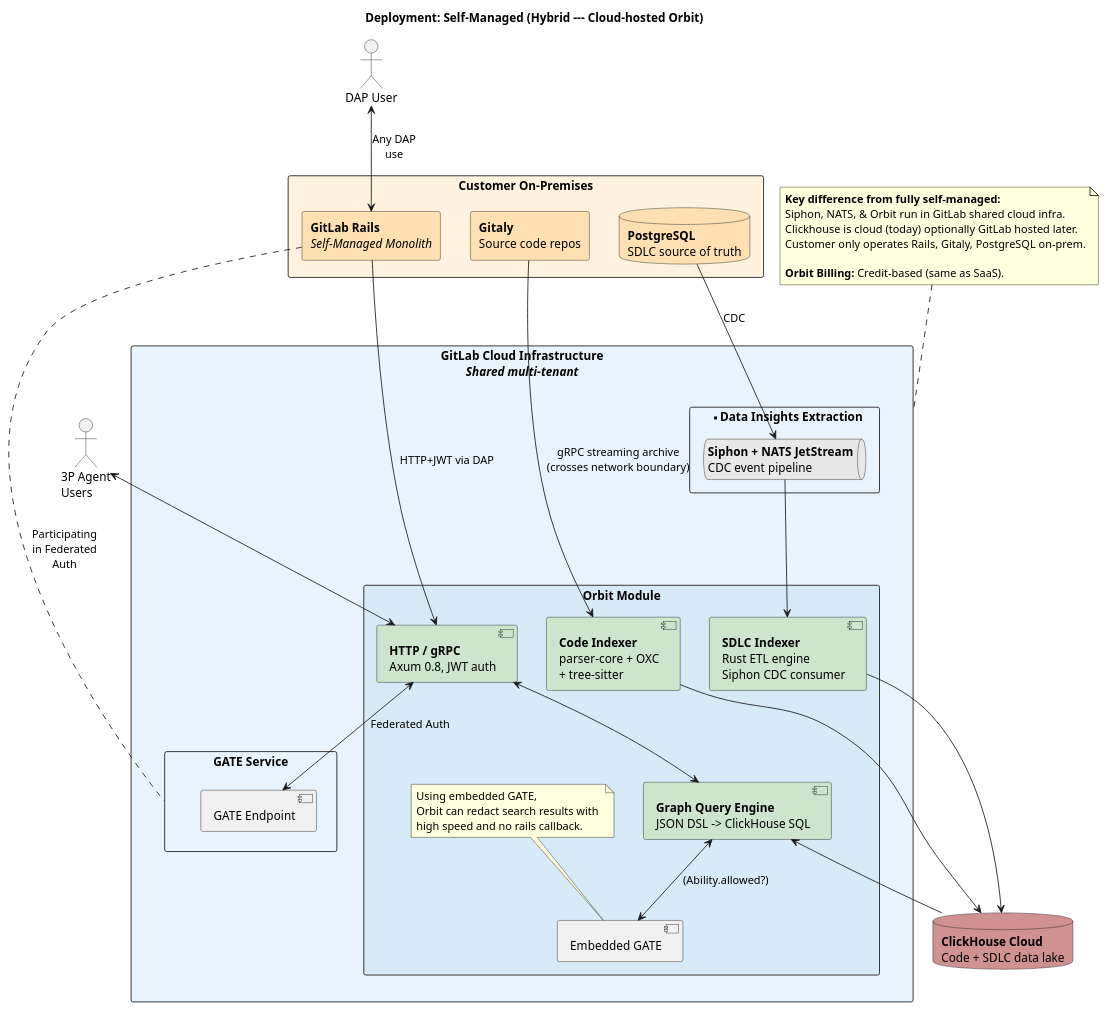
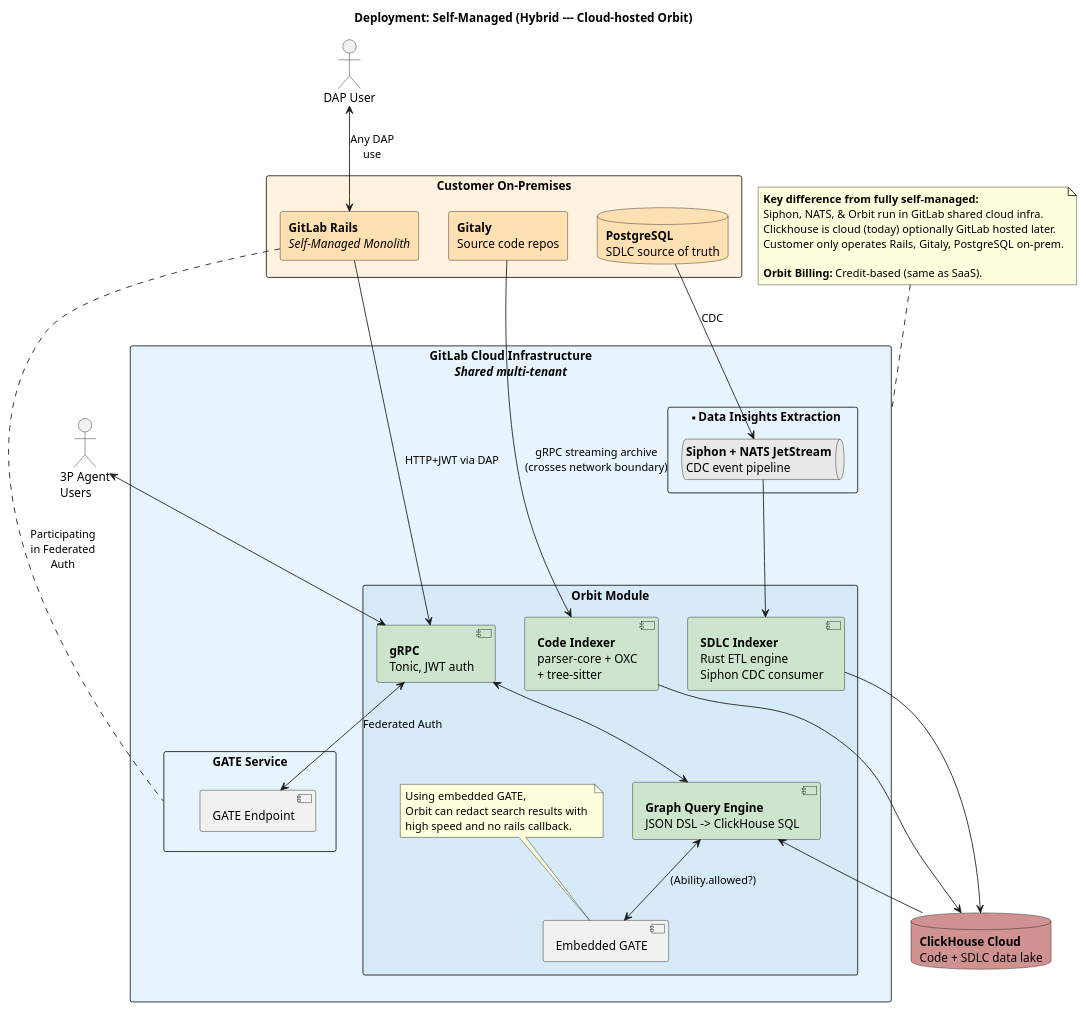
One commit to gitlabhq/orbit-knowledge-graph changed the diagram in docs/design_review/puml/orbit_deploy_selfmanaged_hybrid.puml. Above: the diagram before and after it, drawn with PlantUML. The commit also changed 32 other files, not shown here.

```diff
--- a/docs/design_review/puml/orbit_deploy_selfmanaged_hybrid.puml
+++ b/docs/design_review/puml/orbit_deploy_selfmanaged_hybrid.puml
@@ -1,92 +1,92 @@
 @startuml orbit_deploy_selfmanaged_hybrid
 
 title Deployment: Self-Managed (Hybrid --- Cloud-hosted Orbit)
 
 ' ===================================================================
 ' HYBRID SELF-MANAGED: Orbit runs in GitLab shared cloud infra,
 ' customer monolith remains on-prem
 ' ===================================================================
 
 
 actor "3P Agent\nUsers" as 3p_agents
 actor "DAP User" as dap_user
 ' --- Cloud boundary (shared GitLab infra) ---
 rectangle "**GitLab Cloud Infrastructure**\n//Shared multi-tenant//" as cloud #E8F4FD {
 
   rectangle "**Orbit Module**" as module_cloud #D6EAF8 {
     component "**SDLC Indexer**\nRust ETL engine\nSiphon CDC consumer" as sdlc_idx_h #CCE5CC
     component "**Code Indexer**\nparser-core + OXC\n+ tree-sitter" as code_idx_h #CCE5CC
     component "**Graph Query Engine**\nJSON DSL -> ClickHouse SQL" as query_eng_h #CCE5CC
-    component "**HTTP / gRPC**\nAxum 0.8, JWT auth" as http_srv_h #CCE5CC    
+    component "**gRPC**\nTonic, JWT auth" as http_srv_h #CCE5CC    
     component "Embedded GATE" as gate
 
     note as gate_note 
       Using embedded GATE,
       Orbit can redact search results with 
       high speed and no rails callback.
     end note
 
     gate_note .. gate
   }
   
   rectangle "**Data Insights Extraction" as data_extraction {
     queue "**Siphon + NATS JetStream**\nCDC event pipeline" as nats_h #E8E8E8
   }
   rectangle "GATE Service" as gate_service {
     component "GATE Endpoint" as gate_endpoint
   }
 
   
 }
 
 database "**ClickHouse Cloud**\nCode + SDLC data lake" as ch #d09191
 
 ' --- Customer on-prem boundary ---
 rectangle "**Customer On-Premises**" as onprem #FFF3E0 {
   rectangle "**GitLab Rails**\n//Self-Managed Monolith//" as rails_h #FFE0B2
   rectangle "**Gitaly**\nSource code repos" as gitaly_h #FFE0B2
   database "**PostgreSQL**\nSDLC source of truth" as pg_h #FFE0B2
   
 }
 ' ===================================================================
 ' CONNECTIONS
 ' ===================================================================
 
 ' Ingestion --- crosses network boundary
 pg_h --> nats_h : CDC 
 nats_h --> sdlc_idx_h 
 gitaly_h --> code_idx_h : gRPC streaming archive\n(crosses network boundary)
 
 ' Data writes
 sdlc_idx_h --> ch
 code_idx_h --> ch
 query_eng_h <-- ch 
 
 ' Auth --- the critical callback
 query_eng_h <--> gate : (Ability.allowed?)
 
 ' Rails integration
 rails_h --> http_srv_h : HTTP+JWT via DAP
 
 ' Internal routing
 http_srv_h <--> query_eng_h
 http_srv_h <--> gate_endpoint: Federated Auth
 rails_h .. gate_service: Participating\nin Federated\nAuth
 
 dap_user <--> rails_h: Any DAP\nuse
 3p_agents <--> http_srv_h
 
 note as cloud_note
   **Key difference from fully self-managed:**
   Siphon, NATS, & Orbit run in GitLab shared cloud infra.
   Clickhouse is cloud (today) optionally GitLab hosted later.
   Customer only operates Rails, Gitaly, PostgreSQL on-prem.
 
   **Orbit Billing:** Credit-based (same as SaaS).
 end note
 
 cloud_note .. cloud
 
 
 
 @enduml
```
